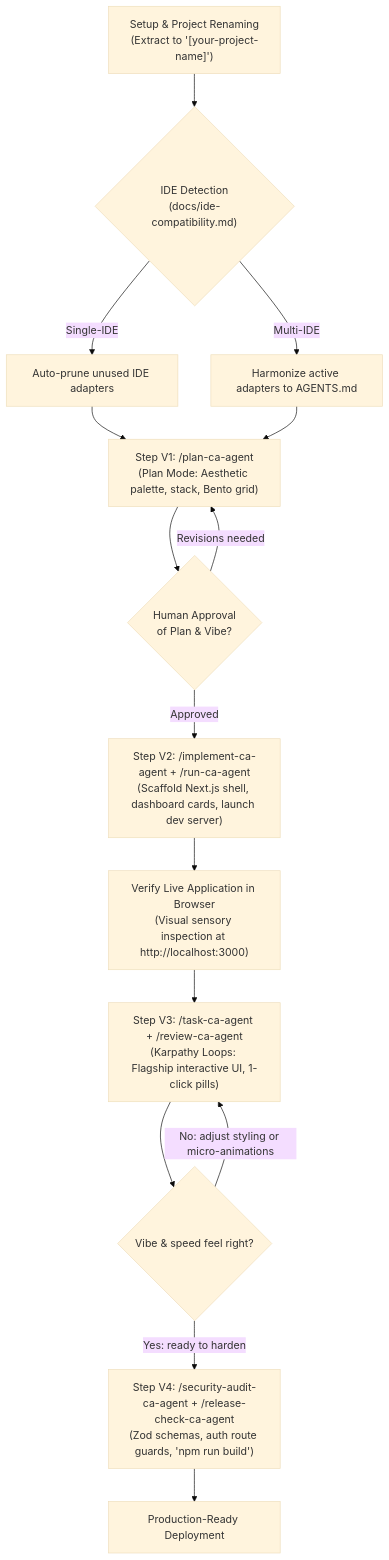
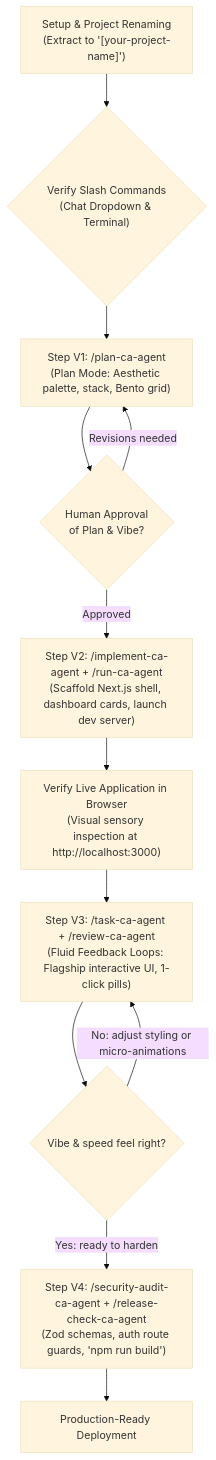
The diagram in Vibe-Coding-Custom-Slash-Command-Universal.md (rmsofficialsyt/Agentic-AI-Vibe-Coding-AND-SDD-TDD-Codebase-Chandan-Adhikary), drawn with Mermaid (base theme) before and after one commit. The commit also changed other lines of this file and 60 other files, not shown here.

````diff
--- a/Vibe-Coding-Custom-Slash-Command-Universal.md
+++ b/Vibe-Coding-Custom-Slash-Command-Universal.md
@@ -175,23 +175,19 @@
 ```mermaid
 flowchart TD
-    SetupV["Setup & Project Renaming<br/>(Extract to '[your-project-name]')"] --> IDEDetectV{"IDE Detection<br/>(docs/ide-compatibility.md)"}
-    IDEDetectV -->|"Single-IDE"| PruneV["Auto-prune unused IDE adapters"]
-    IDEDetectV -->|"Multi-IDE"| SyncV["Harmonize active adapters to AGENTS.md"]
-    
-    PruneV --> PV1["Step V1: /plan-ca-agent<br/>(Plan Mode: Aesthetic palette, stack, Bento grid)"]
-    SyncV --> PV1
+    SetupV["Setup & Project Renaming<br/>(Extract to '[your-project-name]')"] --> CmdCheckV{"Verify Slash Commands<br/>(Chat Dropdown & Terminal)"}
+    CmdCheckV --> PV1["Step V1: /plan-ca-agent<br/>(Plan Mode: Aesthetic palette, stack, Bento grid)"]
     
     PV1 --> HumanV1{"Human Approval<br/>of Plan & Vibe?"}
     HumanV1 -->|"Revisions needed"| PV1
     HumanV1 -->|"Approved"| PV2["Step V2: /implement-ca-agent + /run-ca-agent<br/>(Scaffold Next.js shell, dashboard cards, launch dev server)"]
     
     PV2 --> LiveCheck["Verify Live Application in Browser<br/>(Visual sensory inspection at http://localhost:3000)"]
     
-    LiveCheck --> PV3["Step V3: /task-ca-agent + /review-ca-agent<br/>(Karpathy Loops: Flagship interactive UI, 1-click pills)"]
+    LiveCheck --> PV3["Step V3: /task-ca-agent + /review-ca-agent<br/>(Fluid Feedback Loops: Flagship interactive UI, 1-click pills)"]
     
     PV3 --> LoopV{"Vibe & speed feel right?"}
     LoopV -->|"No: adjust styling or micro-animations"| PV3
     LoopV -->|"Yes: ready to harden"| PV4["Step V4: /security-audit-ca-agent + /release-check-ca-agent<br/>(Zod schemas, auth route guards, 'npm run build')"]
     
     PV4 --> ShipV["Production-Ready Deployment"]
 ```
````
